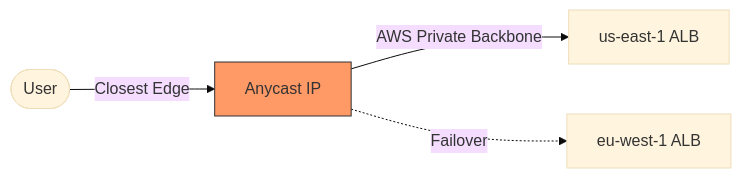
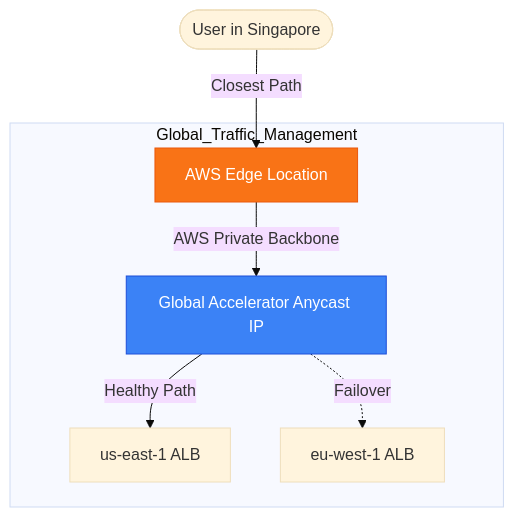
Before and after one commit to Ganil151/Devops: the diagram in 2-Intermediate/01-Phase-1/01-Networking/08-High-Availability-and-Multi-Region/03-Global-Accelerator-and-Route53/README.md, drawn with Mermaid (base theme). The commit also changed other lines of this file and 51 other files, not shown here.

````diff
--- a/2-Intermediate/01-Phase-1/01-Networking/08-High-Availability-and-Multi-Region/03-Global-Accelerator-and-Route53/README.md
+++ b/2-Intermediate/01-Phase-1/01-Networking/08-High-Availability-and-Multi-Region/03-Global-Accelerator-and-Route53/README.md
@@ -14,8 +5,13 @@
 ```mermaid
-graph LR
-    User([User]) -->|Closest Edge| Edge[Anycast IP]
-    Edge -->|AWS Private Backbone| RegionA[us-east-1 ALB]
-    Edge -.->|Failover| RegionB[eu-west-1 ALB]
+graph TD
+    User([User in Singapore]) -->|Closest Path| Edge[AWS Edge Location]
+    
+    subgraph Global_Traffic_Management
+        Edge -->|AWS Private Backbone| GA[Global Accelerator Anycast IP]
+        GA -->|Healthy Path| Region_A[us-east-1 ALB]
+        GA -.->|Failover| Region_B[eu-west-1 ALB]
+    end
 
-style Edge fill:#f96,stroke:#333
+    style Edge fill:#f97316,stroke:#ea580c,color:#fff
+    style GA fill:#3b82f6,stroke:#1d4ed8,color:#fff
 ```
````
